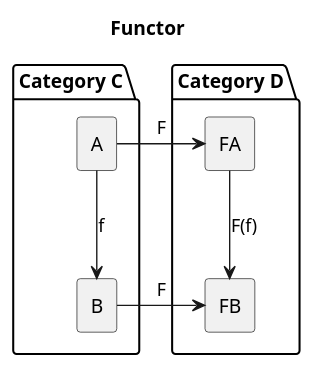
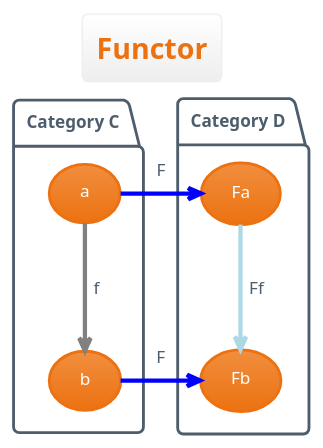
Before and after one commit to mavaji/free-monad: the diagram in docs/01-functor.md, drawn with PlantUML. The commit also changed 9 other files, not shown here.

Commit message:
Update diagrams

````diff
--- a/docs/01-functor.md
+++ b/docs/01-functor.md
@@ -1,21 +1,23 @@
 ```plantuml
 @startuml
+!theme aws-orange
+skinparam defaultFontName "Gabriele Black Ribbon FG"
 title Functor
 
 package "Category C" as C{
-  rectangle A
-  rectangle B
-  A --> B : f
+  (a)
+  (b)
+  a -[#gray]-> b : f
 }
 
 package "Category D" as D{
-  rectangle FA
-  rectangle FB
-  FA --> FB : "F(f)"
+  (Fa)
+  (Fb)
+  Fa -[#lightblue]-> Fb : "Ff"
 }
 
 ' Functor F mappings
-A -r--> FA : F
-B -r--> FB : F
+a -r[#blue]-> Fa : F
+b -r[#blue]-> Fb : F
 @enduml
 ```
````
